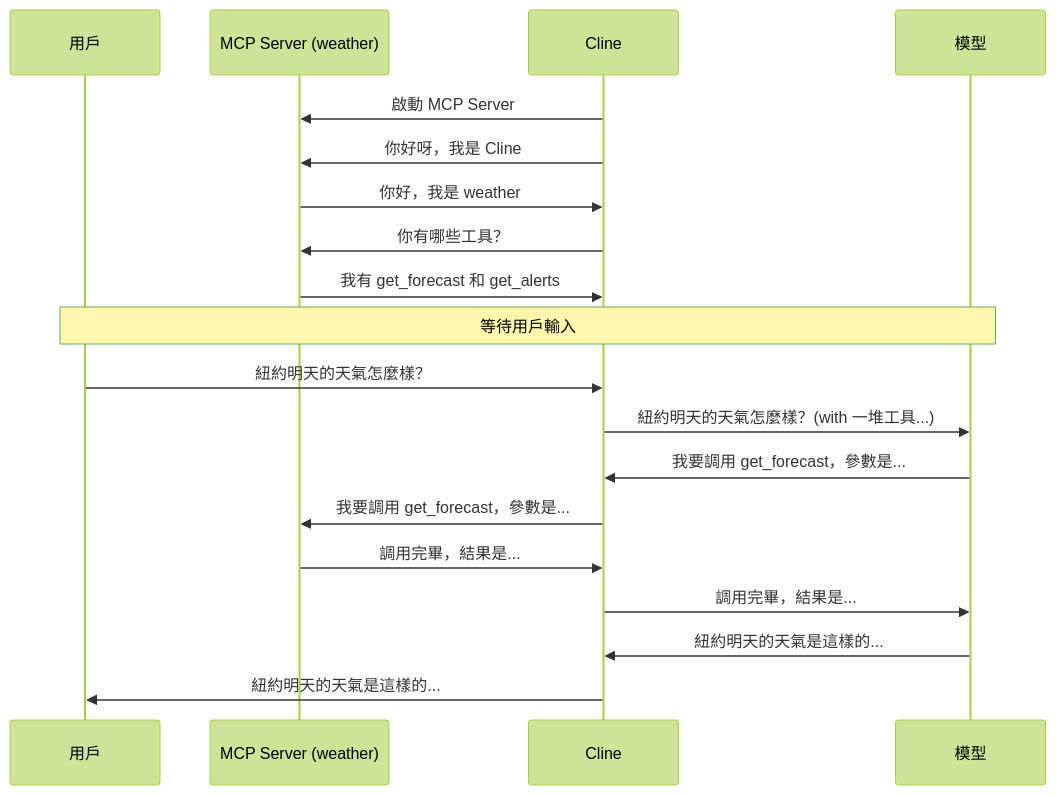
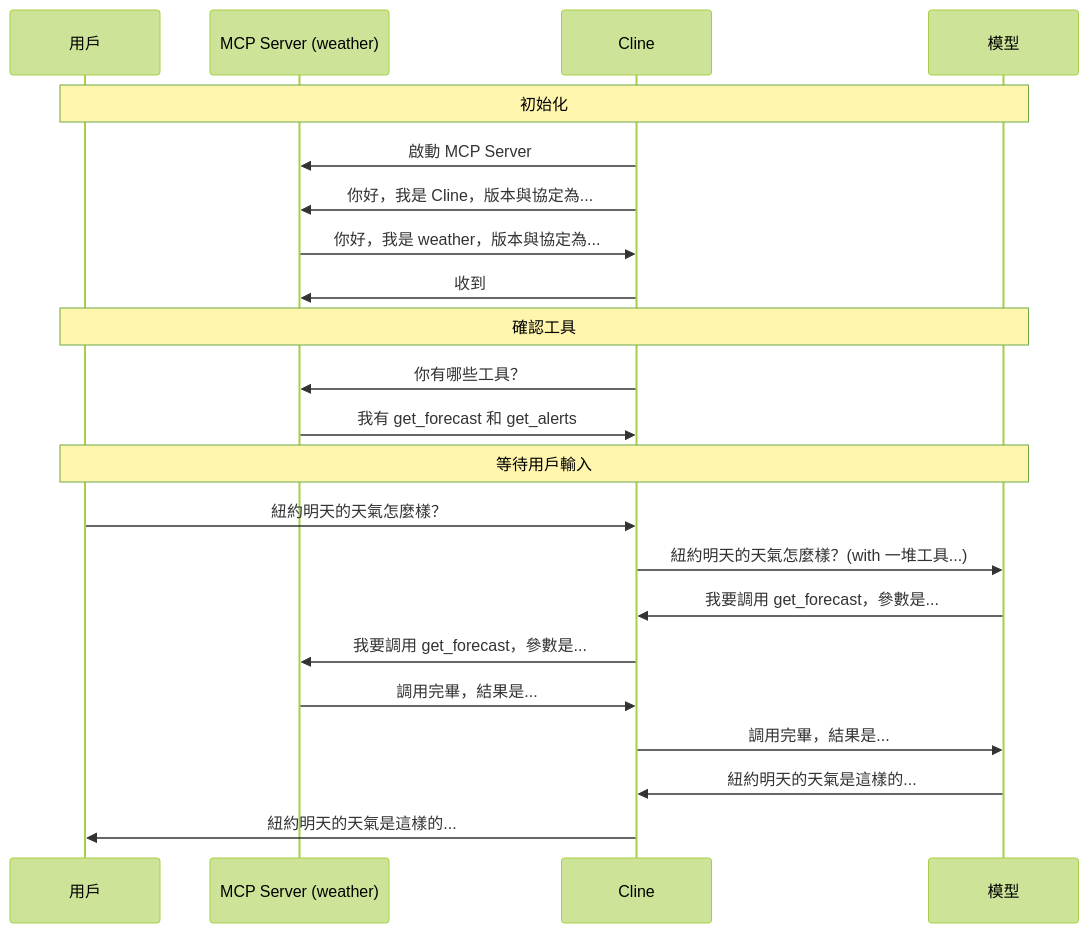
One commit to tzutingspace/ai_mcp_playground changed the diagram in weather/README.md. Above: the diagram before and after it, drawn with Mermaid (forest theme). The commit also changed other lines of this file and 6 other files, not shown here.

Commit message:
feat: 新增 mcp_logger 圖片與學習紀錄文件，更新 README 說明

````diff
--- a/weather/README.md
+++ b/weather/README.md
@@ -6,24 +19,30 @@
 ```mermaid
 sequenceDiagram
     participant User as 用戶
     participant MCP as MCP Server (weather)
     participant Cline as Cline
     participant Model as 模型
 
+    Note over User, Model: 初始化
+
     Cline->>MCP: 啟動 MCP Server
-    Cline->>MCP: 你好呀，我是 Cline
-    MCP->>Cline: 你好，我是 weather
+    Cline->>MCP: 你好，我是 Cline，版本與協定為...
+    MCP->>Cline: 你好，我是 weather，版本與協定為...
+    Cline->>MCP: 收到
+    
+    Note over User, Model: 確認工具
+
     Cline->>MCP: 你有哪些工具？
     MCP->>Cline: 我有 get_forecast 和 get_alerts
 
     Note over User, Model: 等待用戶輸入
     
     User->>Cline: 紐約明天的天氣怎麼樣？
     Cline->>Model: 紐約明天的天氣怎麼樣？(with 一堆工具...)
     Model->>Cline: 我要調用 get_forecast，參數是...
     Cline->>MCP: 我要調用 get_forecast，參數是...
     MCP->>Cline: 調用完畢，結果是...
     Cline->>Model: 調用完畢，結果是...
     Model->>Cline: 紐約明天的天氣是這樣的...
     Cline->>User: 紐約明天的天氣是這樣的...
 ```
````
